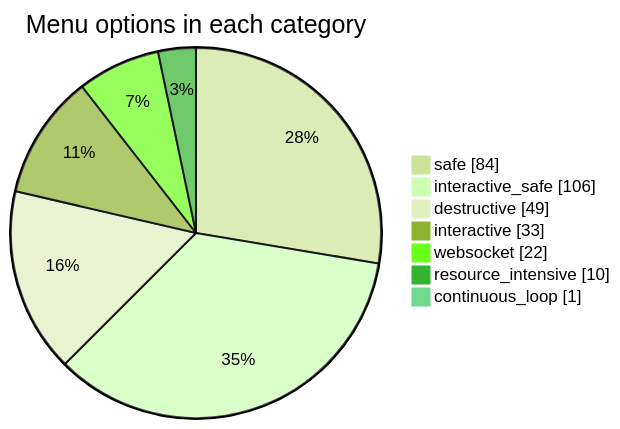
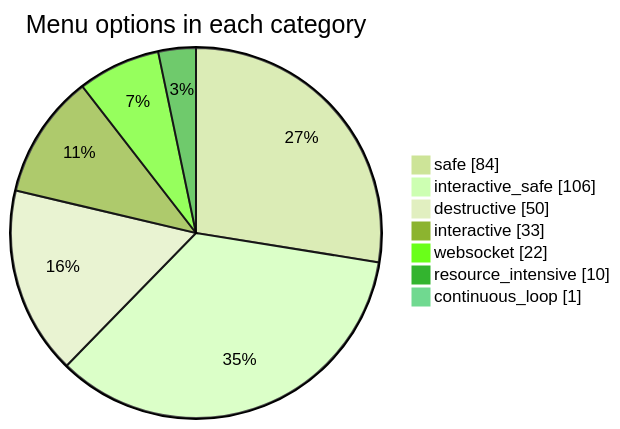
One commit to jmorrison-juniper/MistHelper changed the third of 3 diagrams in documentation/menu-api/README.md. Above: the diagram before and after it, drawn with Mermaid (forest theme). The commit also changed other lines of this file and 59 other files, not shown here.

````diff
--- a/documentation/menu-api/README.md
+++ b/documentation/menu-api/README.md
@@ -61,11 +61,11 @@
 ```mermaid
 pie showData
     title Menu options in each category
     "safe" : 84
     "interactive_safe" : 106
-    "destructive" : 49
+    "destructive" : 50
     "interactive" : 33
     "websocket" : 22
     "resource_intensive" : 10
     "continuous_loop" : 1
 ```
````
